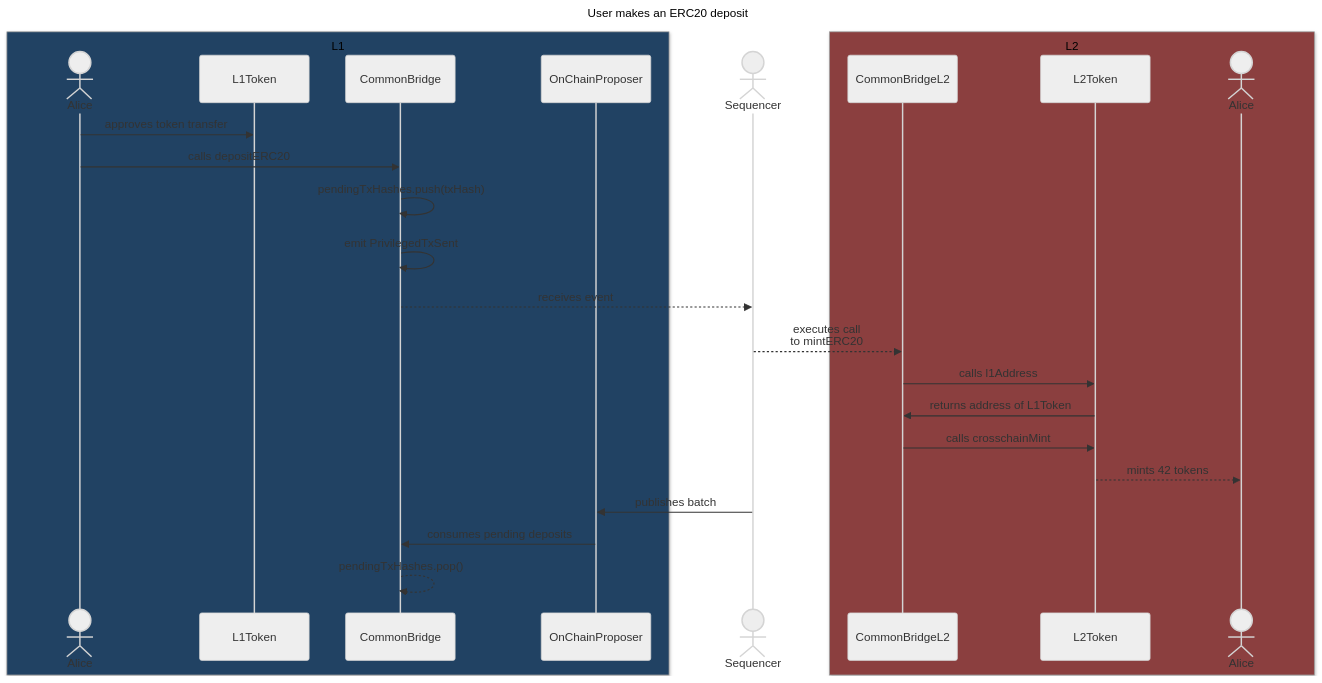
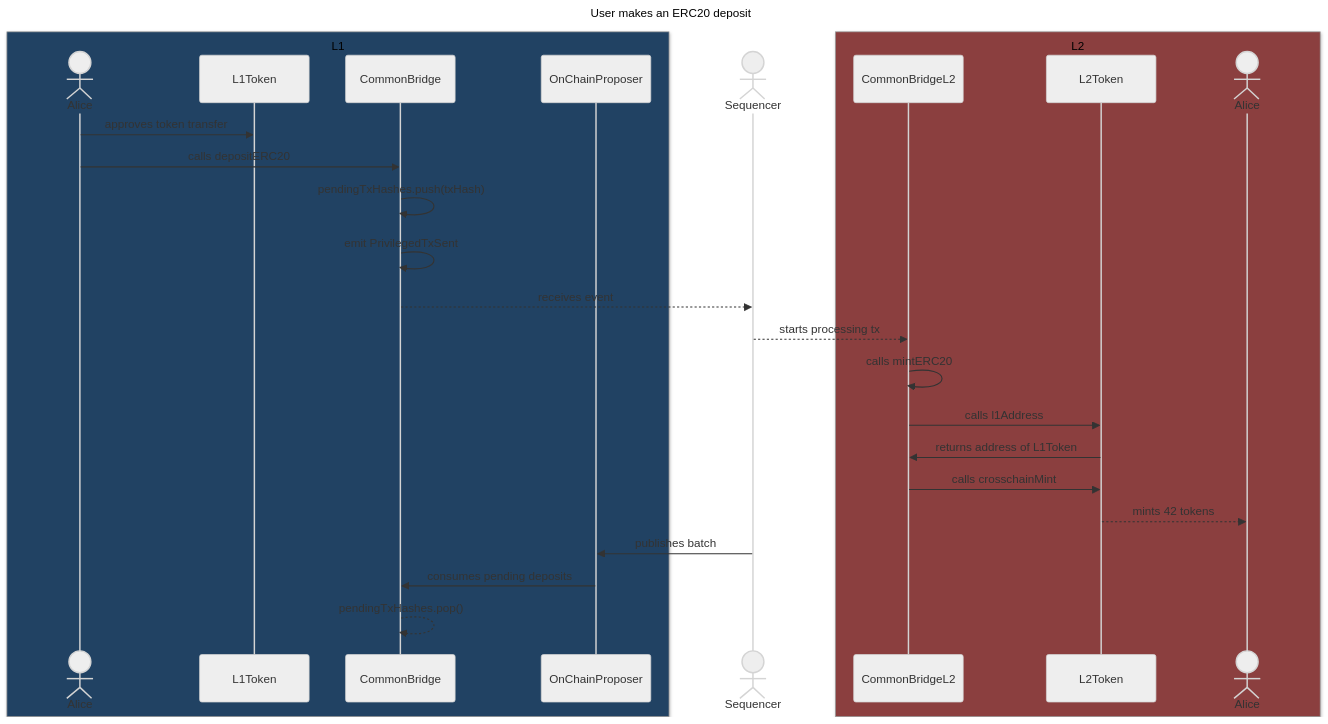
Before and after one commit to lambdaclass/ethrex: the second of 3 diagrams in docs/l2/deposits.md, drawn with Mermaid (neutral theme).

Commit message:
docs: add details to L2 part of diagram

````diff
--- a/docs/l2/deposits.md
+++ b/docs/l2/deposits.md
@@ -125,38 +125,39 @@
 ```mermaid
 ---
 title: User makes an ERC20 deposit
 ---
 sequenceDiagram
     box rgb(33,66,99) L1
         actor L1Alice as Alice
         participant L1Token
         participant CommonBridge
         participant OnChainProposer
     end
 
     actor Sequencer
 
     box rgb(139, 63, 63) L2
         participant CommonBridgeL2
         participant L2Token
         actor L2Alice as Alice
     end
 
     L1Alice->>L1Token: approves token transfer
     L1Alice->>CommonBridge: calls depositERC20
     CommonBridge->>CommonBridge: pendingTxHashes.push(txHash)
     CommonBridge->>CommonBridge: emit PrivilegedTxSent
 
     CommonBridge-->>Sequencer: receives event
-    Sequencer-->>CommonBridgeL2: executes call <br>to mintERC20
+    Sequencer-->>CommonBridgeL2: starts processing tx
+    CommonBridgeL2->>CommonBridgeL2: calls mintERC20
 
     CommonBridgeL2->>L2Token: calls l1Address
     L2Token->>CommonBridgeL2: returns address of L1Token
 
     CommonBridgeL2->>L2Token: calls crosschainMint
     L2Token-->>L2Alice: mints 42 tokens
 
     Sequencer->>OnChainProposer: publishes batch
     OnChainProposer->>CommonBridge: consumes pending deposits
     CommonBridge-->>CommonBridge: pendingTxHashes.pop()
 ```
````
